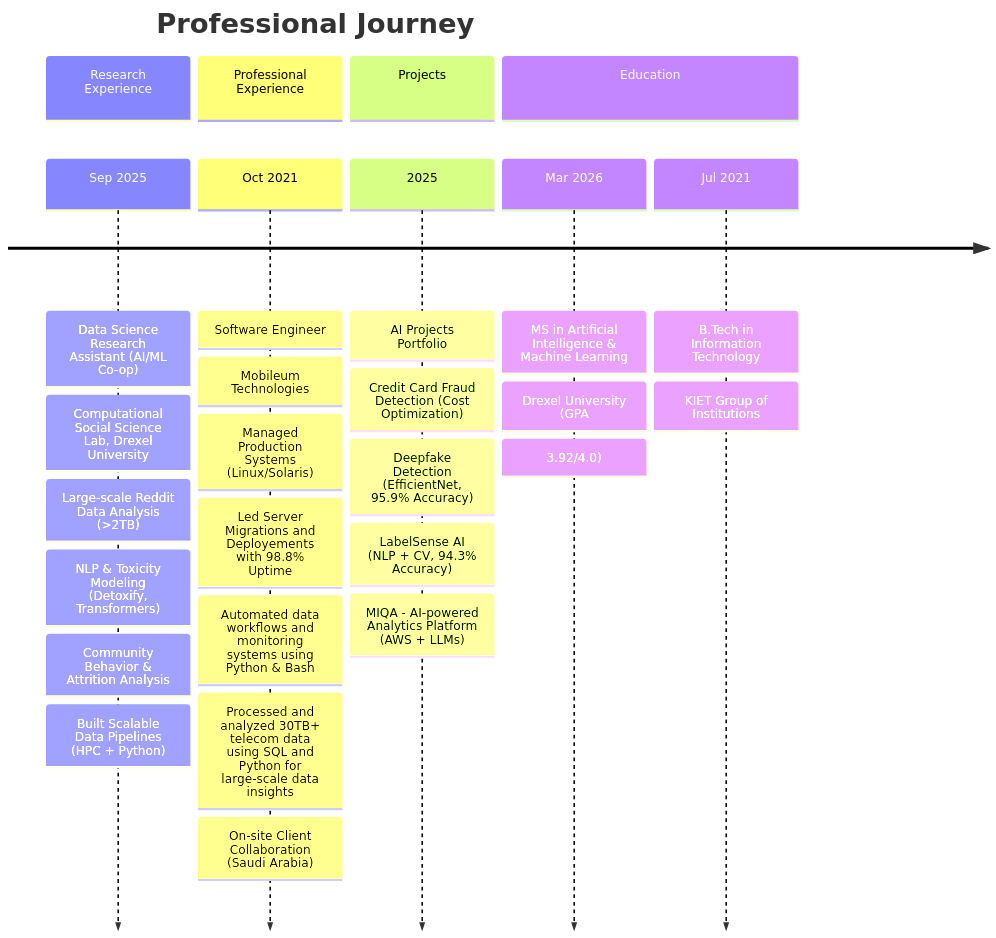
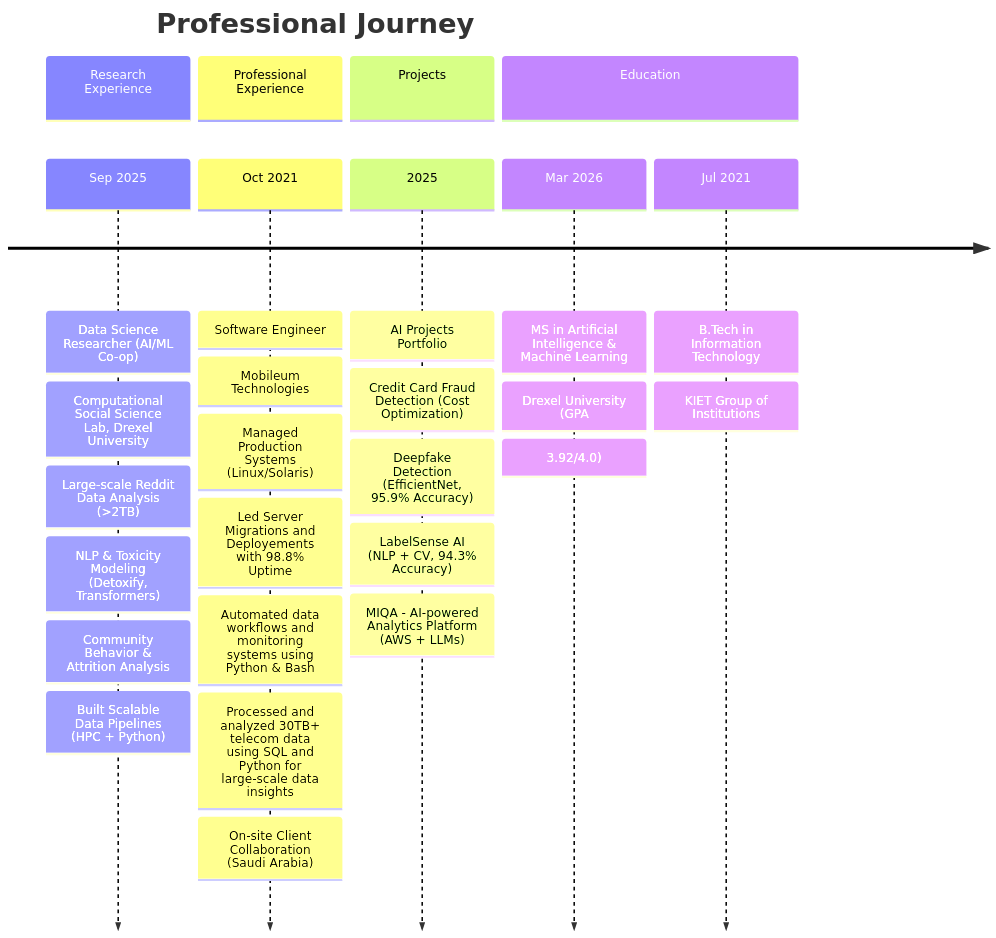
Before and after one commit to ShobhitDixit98/ShobhitDixit98: the diagram in README.md, drawn with Mermaid.

Commit message:
Update job title from 'Research Assistant' to 'Researcher'

````diff
--- a/README.md
+++ b/README.md
@@ -37,35 +37,35 @@
 ```mermaid
 timeline
     title Professional Journey
 
     section Research Experience
-    Sep 2025 : Data Science Research Assistant (AI/ML Co-op)
+    Sep 2025 : Data Science Researcher (AI/ML Co-op)
              : Computational Social Science Lab, Drexel University
              : Large-scale Reddit Data Analysis (>2TB)
              : NLP & Toxicity Modeling (Detoxify, Transformers)
              : Community Behavior & Attrition Analysis
              : Built Scalable Data Pipelines (HPC + Python)
 
     section Professional Experience
     Oct 2021 : Software Engineer
              : Mobileum Technologies
              : Managed Production Systems (Linux/Solaris)
              : Led Server Migrations and Deployements with 98.8% Uptime
              : Automated data workflows and monitoring systems using Python & Bash
              : Processed and analyzed 30TB+ telecom data using SQL and Python for large-scale data insights
              : On-site Client Collaboration (Saudi Arabia) 
 
     section Projects
     2025 : AI Projects Portfolio
          : Credit Card Fraud Detection (Cost Optimization)
          : Deepfake Detection (EfficientNet, 95.9% Accuracy)
          : LabelSense AI (NLP + CV, 94.3% Accuracy)
          : MIQA - AI-powered Analytics Platform (AWS + LLMs)
 
     section Education
     Mar 2026 : MS in Artificial Intelligence & Machine Learning
              : Drexel University (GPA: 3.92/4.0)
 
     Jul 2021 : B.Tech in Information Technology
              : KIET Group of Institutions
 ```
````
